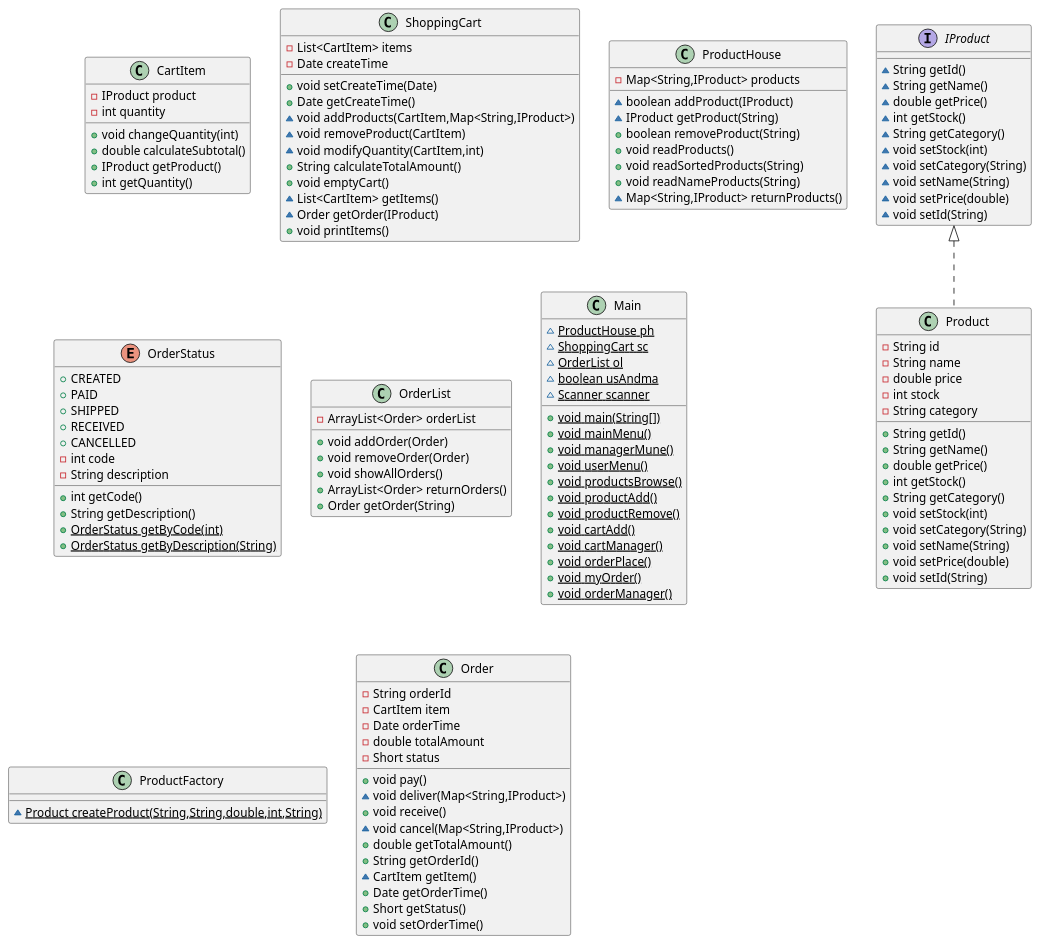
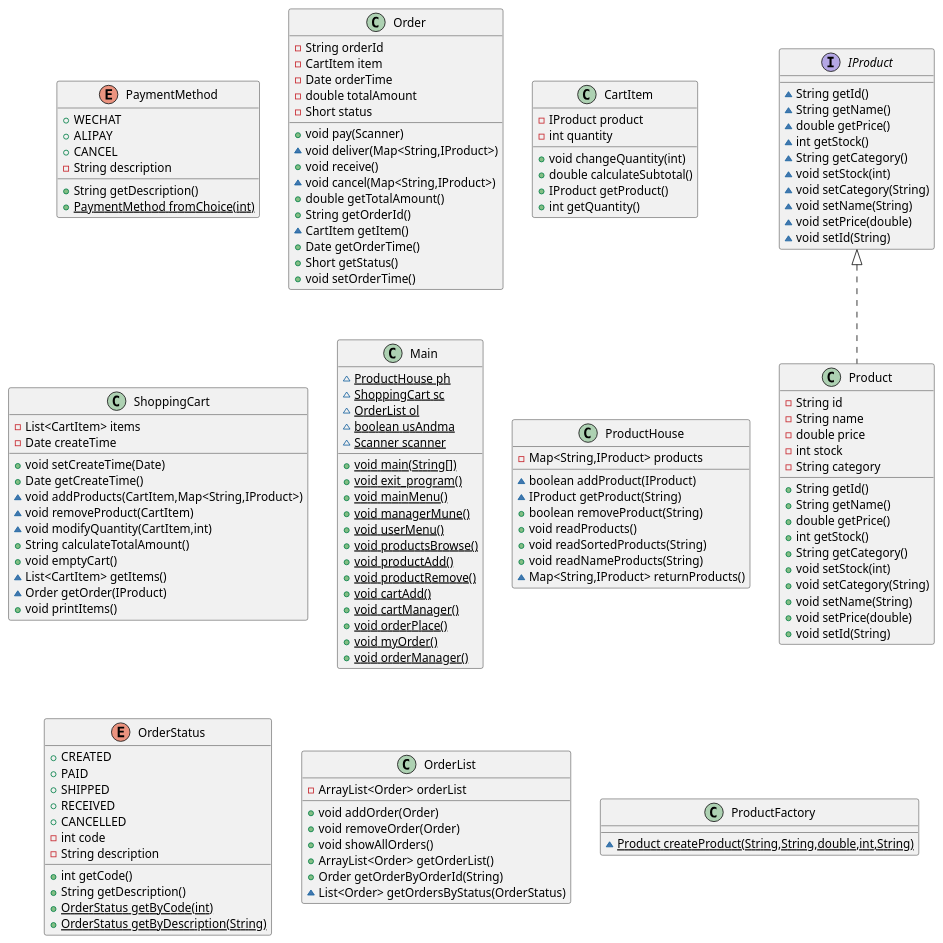
The diagram in onlineShoppingProjectClassDiagram.puml (menghuiwangui/JavaOOPprojects), drawn with PlantUML before and after one commit. The commit also changed 6 other files, not shown here.

```diff
--- a/onlineShoppingProjectClassDiagram.puml
+++ b/onlineShoppingProjectClassDiagram.puml
@@ -1,144 +1,156 @@
 @startuml
+enum PaymentMethod {
++  WECHAT
++  ALIPAY
++  CANCEL
+- String description
++ String getDescription()
++ {static} PaymentMethod fromChoice(int)
+}
+
+
+class Order {
+- String orderId
+- CartItem item
+- Date orderTime
+- double totalAmount
+- Short status
++ void pay(Scanner)
+~ void deliver(Map<String,IProduct>)
++ void receive()
+~ void cancel(Map<String,IProduct>)
++ double getTotalAmount()
++ String getOrderId()
+~ CartItem getItem()
++ Date getOrderTime()
++ Short getStatus()
++ void setOrderTime()
+}
+
+
 class CartItem {
 - IProduct product
 - int quantity
 + void changeQuantity(int)
 + double calculateSubtotal()
 + IProduct getProduct()
 + int getQuantity()
 }
 
 
 class ShoppingCart {
 - List<CartItem> items
 - Date createTime
 + void setCreateTime(Date)
 + Date getCreateTime()
 ~ void addProducts(CartItem,Map<String,IProduct>)
 ~ void removeProduct(CartItem)
 ~ void modifyQuantity(CartItem,int)
 + String calculateTotalAmount()
 + void emptyCart()
 ~ List<CartItem> getItems()
 ~ Order getOrder(IProduct)
 + void printItems()
+}
+
+
+class Main {
+~ {static} ProductHouse ph
+~ {static} ShoppingCart sc
+~ {static} OrderList ol
+~ {static} boolean usAndma
+~ {static} Scanner scanner
++ {static} void main(String[])
++ {static} void exit_program()
++ {static} void mainMenu()
++ {static} void managerMune()
++ {static} void userMenu()
++ {static} void productsBrowse()
++ {static} void productAdd()
++ {static} void productRemove()
++ {static} void cartAdd()
++ {static} void cartManager()
++ {static} void orderPlace()
++ {static} void myOrder()
++ {static} void orderManager()
 }
 
 
 class ProductHouse {
 - Map<String,IProduct> products
 ~ boolean addProduct(IProduct)
 ~ IProduct getProduct(String)
 + boolean removeProduct(String)
 + void readProducts()
 + void readSortedProducts(String)
 + void readNameProducts(String)
 ~ Map<String,IProduct> returnProducts()
 }
 
 
 enum OrderStatus {
 +  CREATED
 +  PAID
 +  SHIPPED
 +  RECEIVED
 +  CANCELLED
 - int code
 - String description
 + int getCode()
 + String getDescription()
 + {static} OrderStatus getByCode(int)
 + {static} OrderStatus getByDescription(String)
 }
 
 
 class OrderList {
 - ArrayList<Order> orderList
 + void addOrder(Order)
 + void removeOrder(Order)
 + void showAllOrders()
-+ ArrayList<Order> returnOrders()
-+ Order getOrder(String)
-}
-
-
-class Main {
-~ {static} ProductHouse ph
-~ {static} ShoppingCart sc
-~ {static} OrderList ol
-~ {static} boolean usAndma
-~ {static} Scanner scanner
-+ {static} void main(String[])
-+ {static} void mainMenu()
-+ {static} void managerMune()
-+ {static} void userMenu()
-+ {static} void productsBrowse()
-+ {static} void productAdd()
-+ {static} void productRemove()
-+ {static} void cartAdd()
-+ {static} void cartManager()
-+ {static} void orderPlace()
-+ {static} void myOrder()
-+ {static} void orderManager()
++ ArrayList<Order> getOrderList()
++ Order getOrderByOrderId(String)
+~ List<Order> getOrdersByStatus(OrderStatus)
 }
 
 
 interface IProduct {
 ~ String getId()
 ~ String getName()
 ~ double getPrice()
 ~ int getStock()
 ~ String getCategory()
 ~ void setStock(int)
 ~ void setCategory(String)
 ~ void setName(String)
 ~ void setPrice(double)
 ~ void setId(String)
 }
 
 class Product {
 - String id
 - String name
 - double price
 - int stock
 - String category
 + String getId()
 + String getName()
 + double getPrice()
 + int getStock()
 + String getCategory()
 + void setStock(int)
 + void setCategory(String)
 + void setName(String)
 + void setPrice(double)
 + void setId(String)
 }
 
 
 class ProductFactory {
 ~ {static} Product createProduct(String,String,double,int,String)
 }
 
-class Order {
-- String orderId
-- CartItem item
-- Date orderTime
-- double totalAmount
-- Short status
-+ void pay()
-~ void deliver(Map<String,IProduct>)
-+ void receive()
-~ void cancel(Map<String,IProduct>)
-+ double getTotalAmount()
-+ String getOrderId()
-~ CartItem getItem()
-+ Date getOrderTime()
-+ Short getStatus()
-+ void setOrderTime()
-}
-
-
 
 
 IProduct <|.. Product
 @enduml
```
